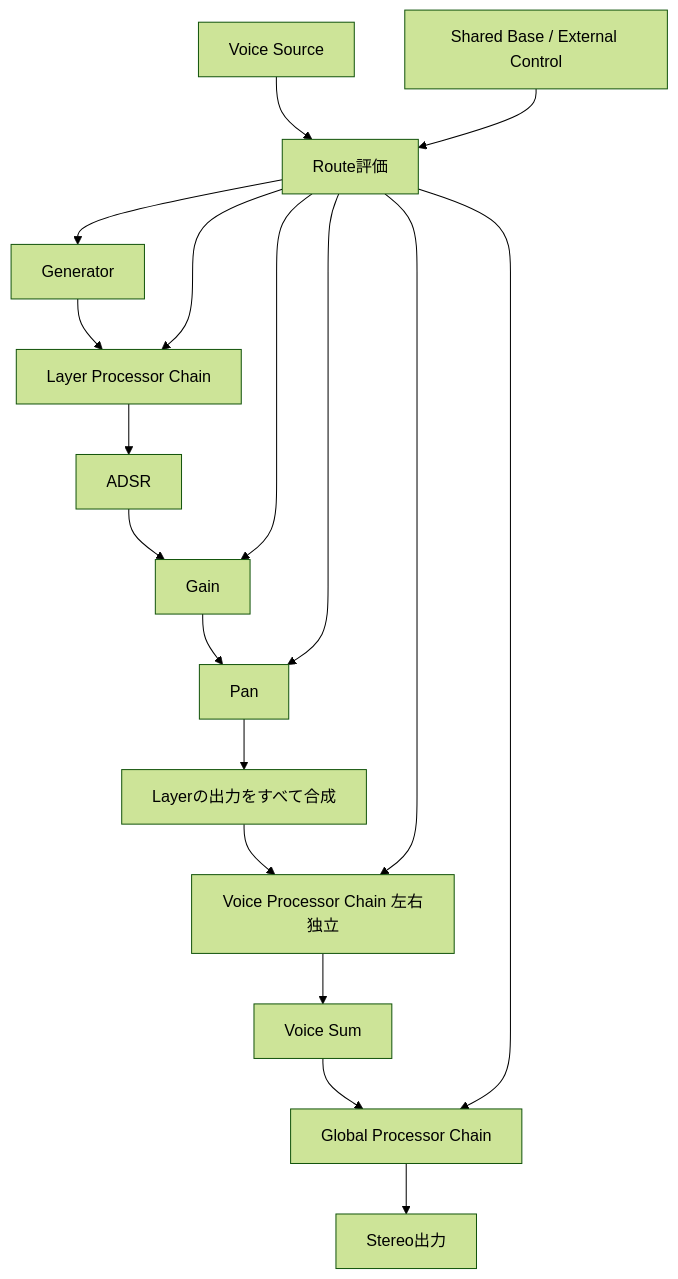
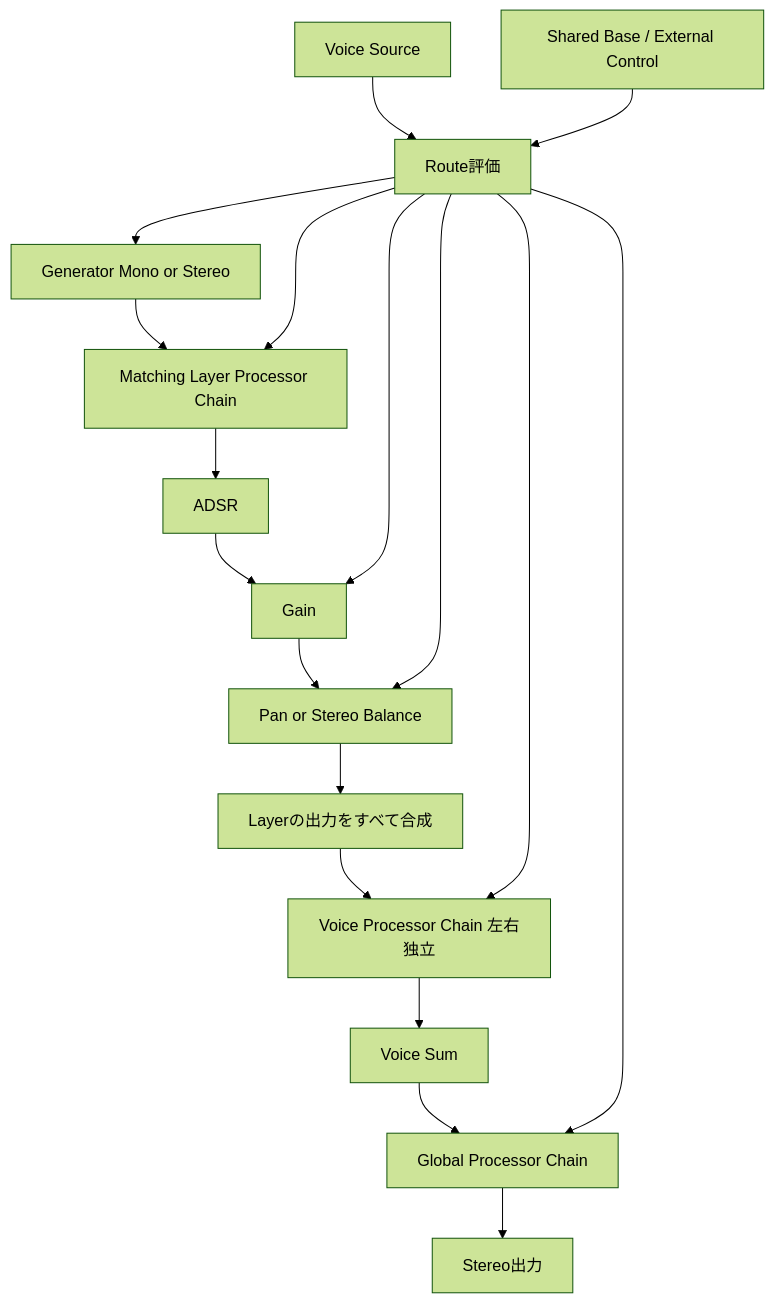
One commit to endo-ly/sonalloy changed the third of 4 diagrams in docs/runtime-processing.md. Above: the diagram before and after it, drawn with Mermaid (forest theme). The commit also changed other lines of this file and 167 other files, not shown here.

````diff
--- a/docs/runtime-processing.md
+++ b/docs/runtime-processing.md
@@ -81,20 +81,20 @@
 ```mermaid
 flowchart TD
-    G[Generator] --> LP[Layer Processor Chain]
+    G[Generator Mono or Stereo] --> LP[Matching Layer Processor Chain]
     LP --> E[ADSR]
     E --> A[Gain]
-    A --> P[Pan]
+    A --> P[Pan or Stereo Balance]
     P --> M[Layerの出力をすべて合成]
     M --> VP[Voice Processor Chain 左右独立]
     VP --> V[Voice Sum]
     V --> GP[Global Processor Chain]
     GP --> O[Stereo出力]
     S[Voice Source] --> T[Route評価]
     X[Shared Base / External Control] --> T
     T --> A
     T --> P
     T --> G
     T --> LP
     T --> VP
     T --> GP
 ```
````
